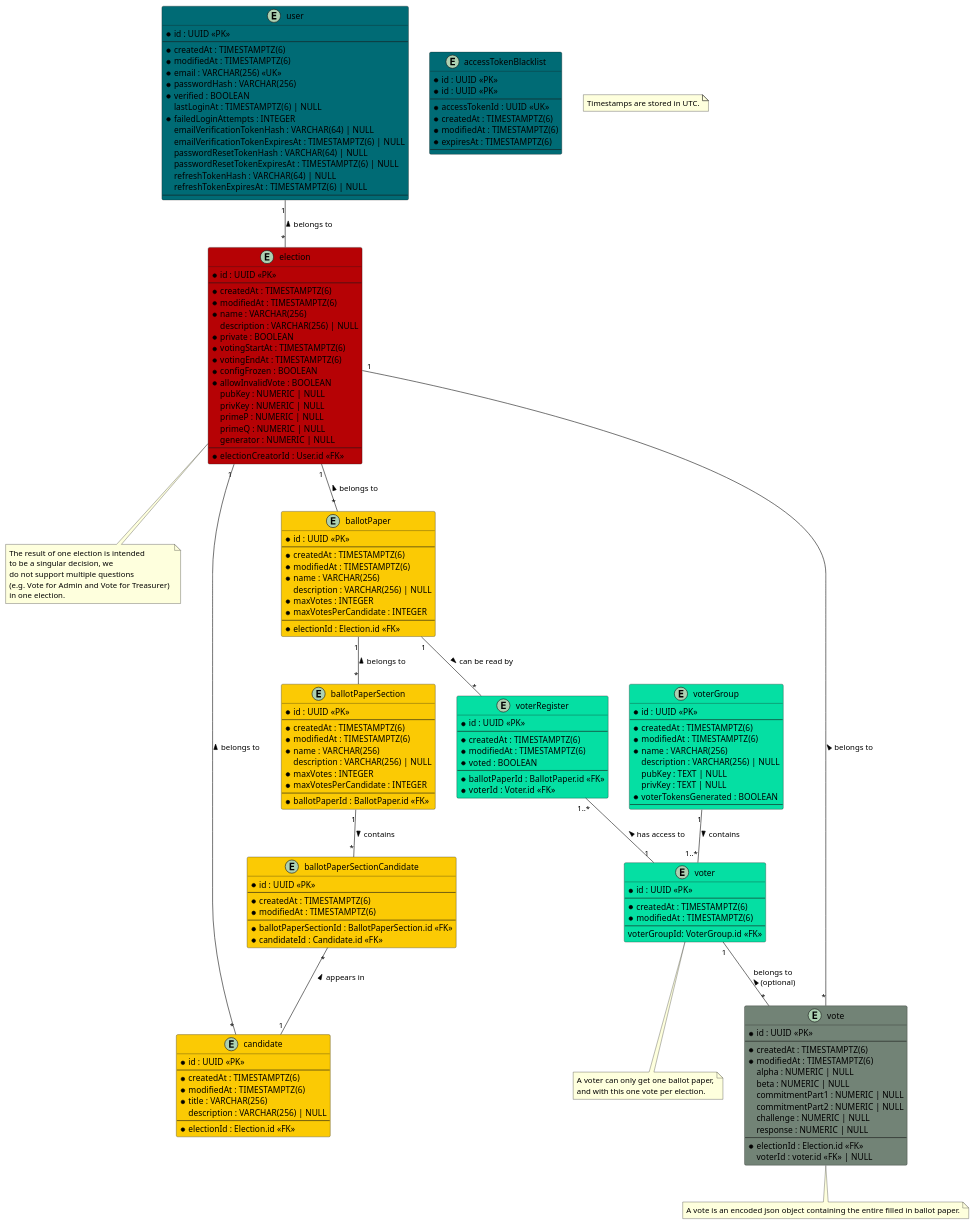
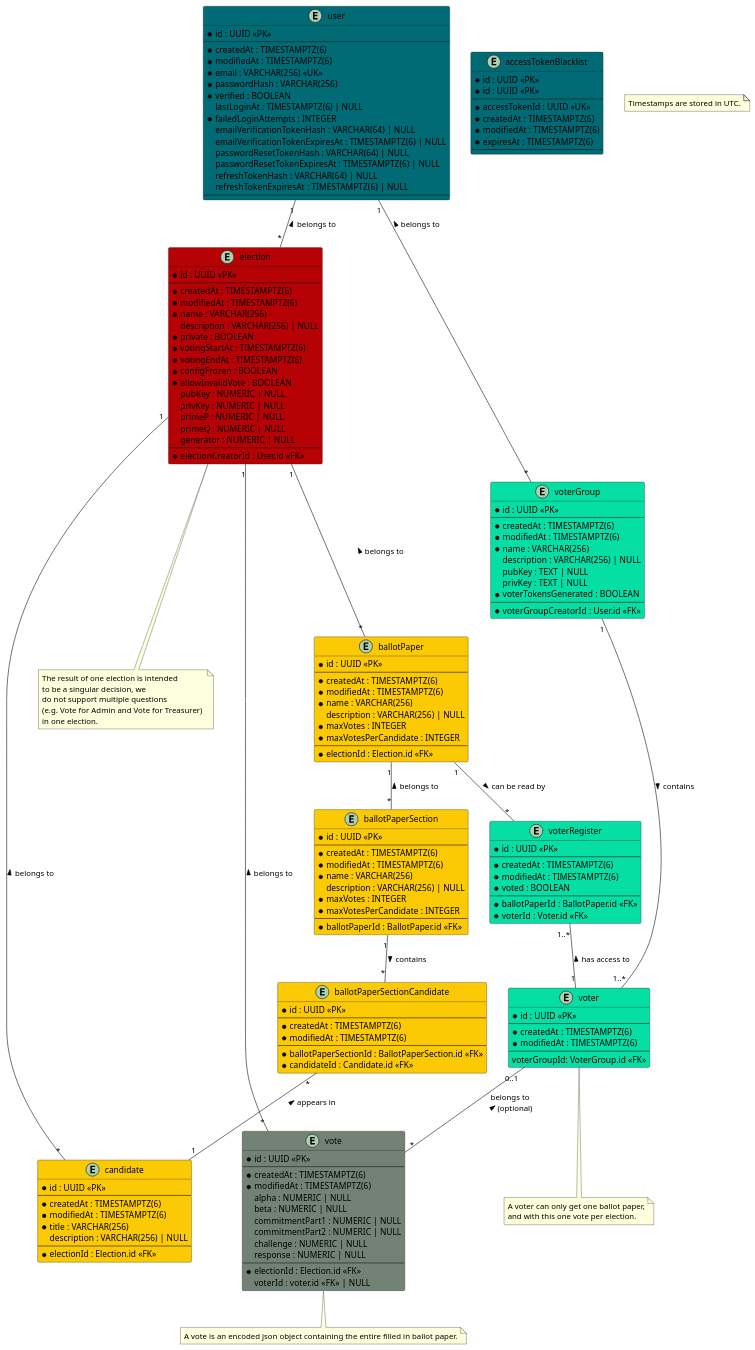
Before and after one commit to SE-UUlm/votura: the diagram in apps/docs/static/uml/dataModel.puml, drawn with PlantUML.

Commit message:
#243: add voterGroupCreatorId to UML

```diff
--- a/apps/docs/static/uml/dataModel.puml
+++ b/apps/docs/static/uml/dataModel.puml
@@ -1,194 +1,196 @@
 @startuml dataModel
 
 entity "user" as user #006b75 {
     * id : UUID <<PK>>
     --
     * createdAt : TIMESTAMPTZ(6)
     * modifiedAt : TIMESTAMPTZ(6)
     * email : VARCHAR(256) <<UK>>
     * passwordHash : VARCHAR(256)
     * verified : BOOLEAN
     lastLoginAt : TIMESTAMPTZ(6) | NULL
     ' failed login attempts get reset on successful login
     * failedLoginAttempts : INTEGER
     emailVerificationTokenHash : VARCHAR(64) | NULL
     emailVerificationTokenExpiresAt : TIMESTAMPTZ(6) | NULL
     passwordResetTokenHash : VARCHAR(64) | NULL
     passwordResetTokenExpiresAt : TIMESTAMPTZ(6) | NULL
     refreshTokenHash : VARCHAR(64) | NULL
     refreshTokenExpiresAt : TIMESTAMPTZ(6) | NULL
     --
 }
 
 entity "accessTokenBlacklist" as jwtBlacklist #006b75 {
     ' this table is used to store blacklisted access tokens
     ' The jti is 36 characters long if we use UUIDv4
     * id : UUID <<PK>>
     * id : UUID <<PK>>
     --
     * accessTokenId : UUID <<UK>>
     * createdAt : TIMESTAMPTZ(6)
     * modifiedAt : TIMESTAMPTZ(6)
     * expiresAt : TIMESTAMPTZ(6)
     --
 }
 
 entity "election" as elections #b60205 {
     * id : UUID <<PK>>
     --
     * createdAt : TIMESTAMPTZ(6)
     * modifiedAt : TIMESTAMPTZ(6)
     * name : VARCHAR(256)
     description : VARCHAR(256) | NULL
     * private : BOOLEAN
     * votingStartAt : TIMESTAMPTZ(6)
     * votingEndAt : TIMESTAMPTZ(6)
     * configFrozen : BOOLEAN
     * allowInvalidVote : BOOLEAN
     ' Is there a use case for `votesCounted`?
     ' * votesCounted : BOOLEAN
     ' * votesCounted : BOOLEAN
     ' Computed values such as validVotes and invalidVotes are critical - do we really want to store them?
     ' validVotes : NUMERIC | NULL
     ' invalidVotes : NUMERIC | NULL
     pubKey : NUMERIC | NULL
     privKey : NUMERIC | NULL
     primeP : NUMERIC | NULL
     primeQ : NUMERIC | NULL
     generator : NUMERIC | NULL
     --
     * electionCreatorId : User.id <<FK>>
 }
 
 note as N2
 The result of one election is intended 
 to be a singular decision, we 
 do not support multiple questions 
 (e.g. Vote for Admin and Vote for Treasurer) 
 in one election.
 end note
 
 entity "ballotPaper" as ballotPapers #fbca04 {
     * id : UUID <<PK>>
     --
     * createdAt : TIMESTAMPTZ(6)
     * modifiedAt : TIMESTAMPTZ(6)
     * name : VARCHAR(256)
     description : VARCHAR(256) | NULL
     * maxVotes : INTEGER
     * maxVotesPerCandidate : INTEGER
     --
     * electionId : Election.id <<FK>>
 }
 
 entity "ballotPaperSection" as ballotPaperSections #fbca04 {
     * id : UUID <<PK>>
     --
     * createdAt : TIMESTAMPTZ(6)
     * modifiedAt : TIMESTAMPTZ(6)
     * name : VARCHAR(256)
     description : VARCHAR(256) | NULL
     * maxVotes : INTEGER
     * maxVotesPerCandidate : INTEGER
     --
     * ballotPaperId : BallotPaper.id <<FK>>
 }
 
 entity "ballotPaperSectionCandidate" as ballotPaperSectionCandidates #fbca04 {
     * id : UUID <<PK>>
     --
     * createdAt : TIMESTAMPTZ(6)
     * modifiedAt : TIMESTAMPTZ(6)
     --
     * ballotPaperSectionId : BallotPaperSection.id <<FK>>
     * candidateId : Candidate.id <<FK>>
 }
 
 entity "candidate" as candidates #fbca04 {
     * id : UUID <<PK>>
     --
     * createdAt : TIMESTAMPTZ(6)
     * modifiedAt : TIMESTAMPTZ(6)
     * title : VARCHAR(256)
     description : VARCHAR(256) | NULL
     --
     * electionId : Election.id <<FK>>
 }
 
 entity "vote" as votes #728376 {
     * id : UUID <<PK>>
     --
     * createdAt : TIMESTAMPTZ(6)
     * modifiedAt : TIMESTAMPTZ(6)
     alpha : NUMERIC | NULL
     beta : NUMERIC | NULL
     commitmentPart1 : NUMERIC | NULL
     commitmentPart2 : NUMERIC | NULL
     challenge : NUMERIC | NULL
     response : NUMERIC | NULL
     --
     * electionId : Election.id <<FK>>
     ' if the vote isn't secret, voter can be saved
     voterId : voter.id <<FK>> | NULL
 }
 note as N4
 A vote is an encoded json object containing the entire filled in ballot paper.
 end note
 
 entity "voterRegister" as voterRegisters #05DFA3 {
     * id : UUID <<PK>>
     --
     * createdAt : TIMESTAMPTZ(6)
     * modifiedAt : TIMESTAMPTZ(6)
     * voted : BOOLEAN
     --
     * ballotPaperId : BallotPaper.id <<FK>>
     * voterId : Voter.id <<FK>>
 }
 
 entity "voter" as voters #05DFA3 {
     * id : UUID <<PK>>
     --
     * createdAt : TIMESTAMPTZ(6)
     * modifiedAt : TIMESTAMPTZ(6)
     --
     voterGroupId: VoterGroup.id <<FK>>
 }
 note as N3
 A voter can only get one ballot paper,
 and with this one vote per election.
 end note
 
 entity "voterGroup" as voterGroups #05DFA3 {
     * id : UUID <<PK>>
     --
     * createdAt : TIMESTAMPTZ(6)
     * modifiedAt : TIMESTAMPTZ(6)
     * name : VARCHAR(256)
     description : VARCHAR(256) | NULL
     pubKey : TEXT | NULL
     privKey : TEXT | NULL
     * voterTokensGenerated : BOOLEAN
     --
+    * voterGroupCreatorId : User.id <<FK>>
 }
 
 note as N1
 Timestamps are stored in UTC.
 end note
 
 user "1"--"*" elections : belongs to <
 elections "1"--"*" ballotPapers : belongs to <
 elections -- N2
 elections "1"--"*" candidates : belongs to <
 ballotPapers "1"--"*" voterRegisters : can be read by >
 voterRegisters "1..*"--"1" voters : has access to <
 ballotPapers "1"--"*" ballotPaperSections : belongs to <
 ballotPaperSections "1"--"*" ballotPaperSectionCandidates : contains >
 ballotPaperSectionCandidates "*"--"1" candidates : appears in <
 votes "*"--"1" elections : belongs to >
-voters "1"--"*" votes : belongs to \n (optional) <
+voters "0..1"--"*" votes : belongs to \n (optional) <
+user "1"--"*" voterGroups : belongs to <
 voterGroups "1"--"1..*" voters : contains >
 voters -- N3
 votes -- N4
 
 @enduml
```
